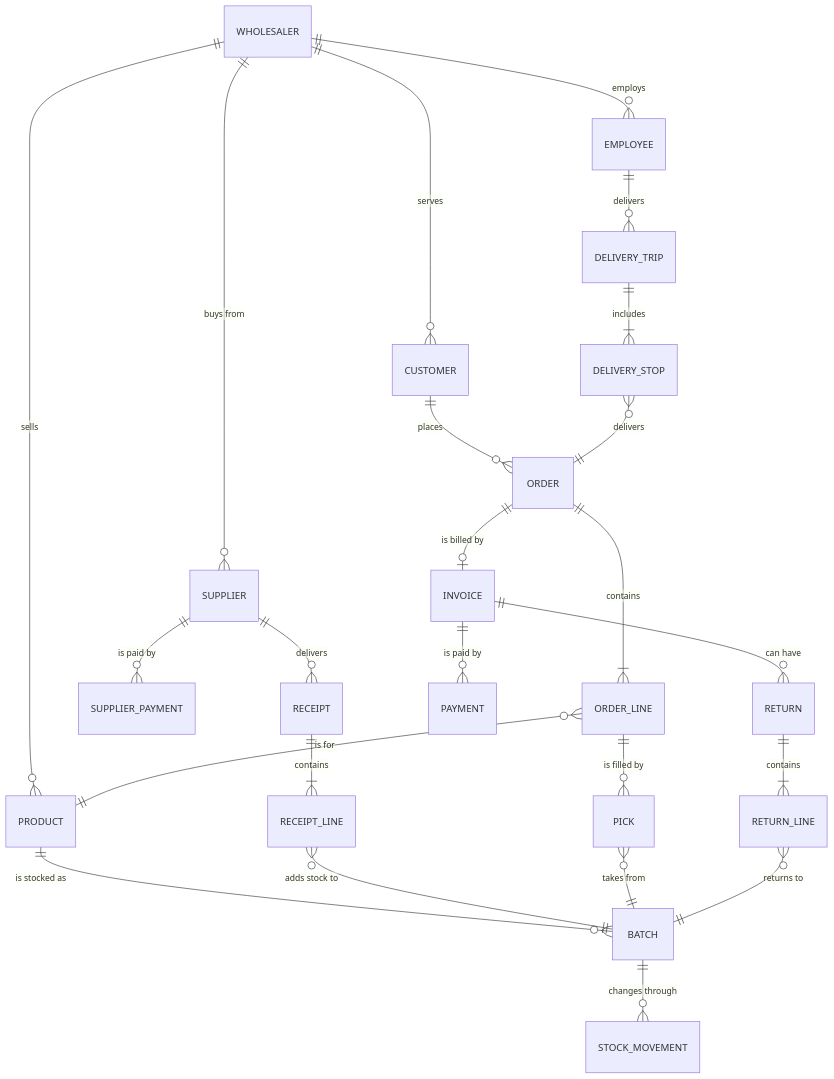
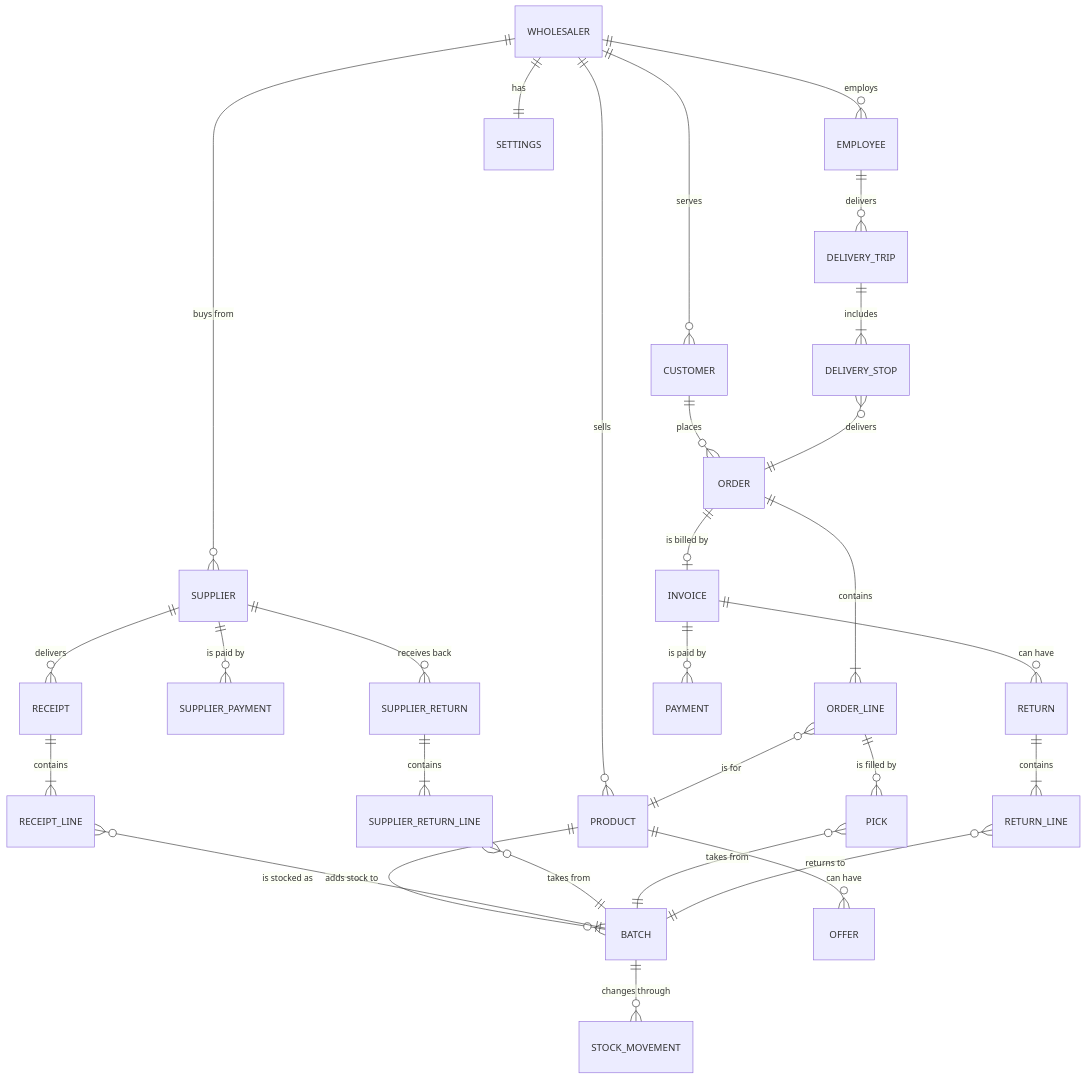
One commit to AhmedElnagarUU/Cosmo changed the diagram in docs/workflows/08-data-map.md. Above: the diagram before and after it, drawn with Mermaid. The commit also changed other lines of this file and 28 other files, not shown here.

First line of the commit message:
Confirm open decisions: offers, supplier returns, must-have products, working hours

````diff
--- a/docs/workflows/08-data-map.md
+++ b/docs/workflows/08-data-map.md
@@ -13,32 +13,37 @@
 ```mermaid
 erDiagram
     WHOLESALER ||--o{ EMPLOYEE : employs
     WHOLESALER ||--o{ CUSTOMER : serves
     WHOLESALER ||--o{ SUPPLIER : "buys from"
     WHOLESALER ||--o{ PRODUCT : sells
 
     PRODUCT ||--o{ BATCH : "is stocked as"
     BATCH ||--o{ STOCK_MOVEMENT : "changes through"
 
     SUPPLIER ||--o{ RECEIPT : delivers
     RECEIPT ||--|{ RECEIPT_LINE : contains
     RECEIPT_LINE }o--|| BATCH : "adds stock to"
     SUPPLIER ||--o{ SUPPLIER_PAYMENT : "is paid by"
+    SUPPLIER ||--o{ SUPPLIER_RETURN : "receives back"
+    SUPPLIER_RETURN ||--|{ SUPPLIER_RETURN_LINE : contains
+    SUPPLIER_RETURN_LINE }o--|| BATCH : "takes from"
+    PRODUCT ||--o{ OFFER : "can have"
+    WHOLESALER ||--|| SETTINGS : has
 
     CUSTOMER ||--o{ ORDER : places
     ORDER ||--|{ ORDER_LINE : contains
     ORDER_LINE }o--|| PRODUCT : "is for"
     ORDER_LINE ||--o{ PICK : "is filled by"
     PICK }o--|| BATCH : "takes from"
 
     DELIVERY_TRIP ||--|{ DELIVERY_STOP : includes
     DELIVERY_STOP }o--|| ORDER : delivers
     EMPLOYEE ||--o{ DELIVERY_TRIP : delivers
 
     ORDER ||--o| INVOICE : "is billed by"
     INVOICE ||--o{ PAYMENT : "is paid by"
 
     INVOICE ||--o{ RETURN : "can have"
     RETURN ||--|{ RETURN_LINE : contains
     RETURN_LINE }o--|| BATCH : "returns to"
 ```
````
